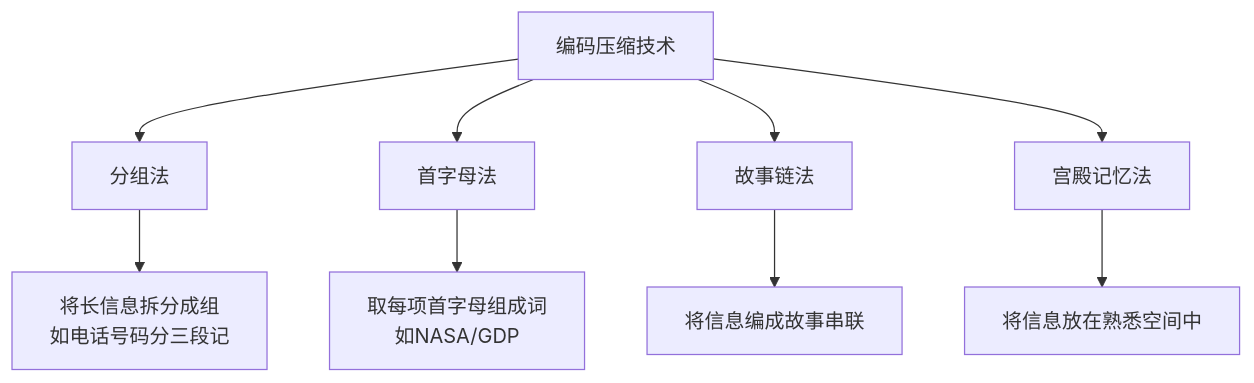
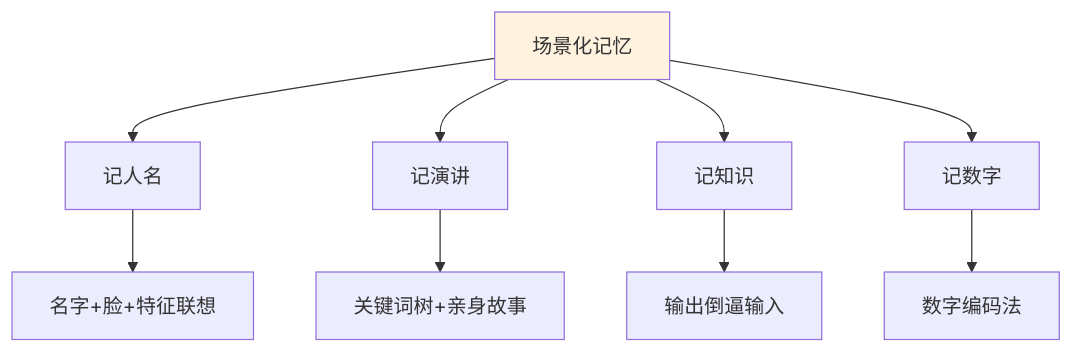
Before and after one commit to chongyang211/YCBookBlog: the fourth of 7 diagrams in 10.打工充平常记录/10.自我精进七课/07.底层思维的训练/7.4记忆能力的训练.md, drawn with Mermaid. The commit also changed other lines of this file and 55 other files, not shown here.

````diff
--- a/10.打工充平常记录/10.自我精进七课/07.底层思维的训练/7.4记忆能力的训练.md
+++ b/10.打工充平常记录/10.自我精进七课/07.底层思维的训练/7.4记忆能力的训练.md
@@ -180,11 +150,12 @@
 ```mermaid
 graph TD
-    A[编码压缩技术] --> B[分组法]
-    A --> C[首字母法]
-    A --> D[故事链法]
-    A --> E[宫殿记忆法]
-    B --> B1[将长信息拆分成组<br>如电话号码分三段记]
-    C --> C1[取每项首字母组成词<br>如NASA/GDP]
-    D --> D1[将信息编成故事串联]
-    E --> E1[将信息放在熟悉空间中]
+    A[场景化记忆] --> B[记人名]
+    A --> C[记演讲]
+    A --> D[记知识]
+    A --> E[记数字]
+    B --> B1[名字+脸+特征联想]
+    C --> C1[关键词树+亲身故事]
+    D --> D1[输出倒逼输入]
+    E --> E1[数字编码法]
+    style A fill:#fff3e0
 ```
````
